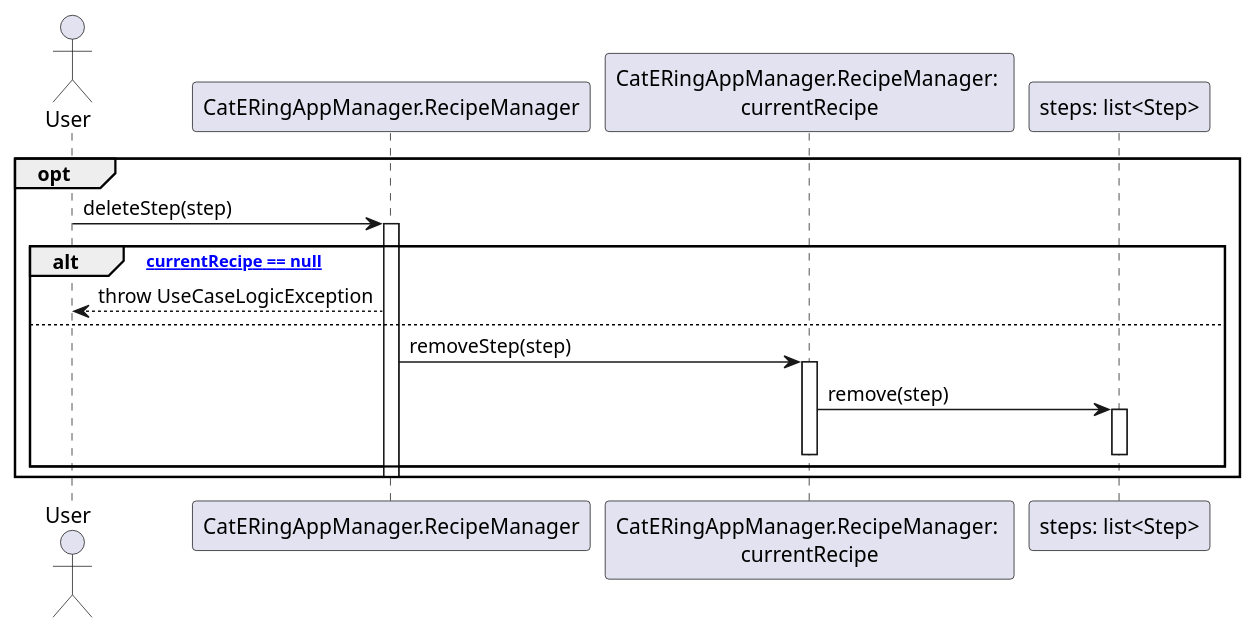
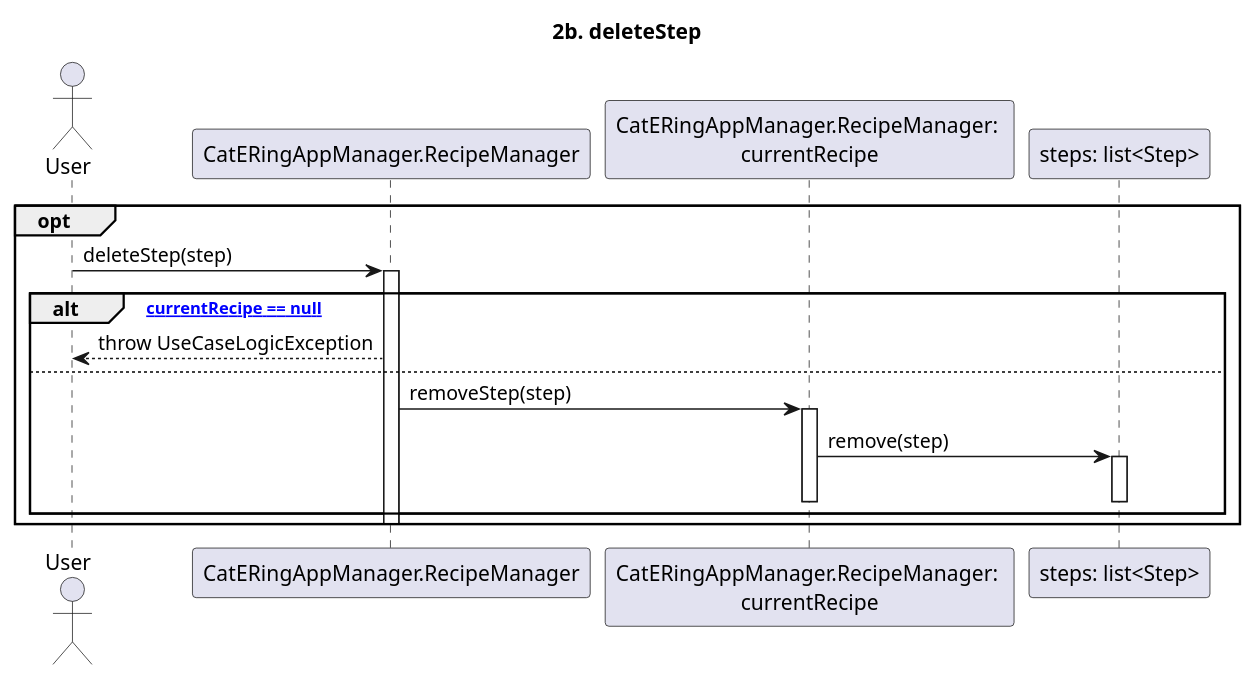
Before and after one commit to m0canu1/sas: the diagram in dsd/dsd-ricette/estensioni/2b-deleteStep.md, drawn with PlantUML. The commit also changed 15 other files, not shown here.

````diff
--- a/dsd/dsd-ricette/estensioni/2b-deleteStep.md
+++ b/dsd/dsd-ricette/estensioni/2b-deleteStep.md
@@ -1,27 +1,30 @@
 ```plantuml
+
+title: 2b. deleteStep
+
 Actor User
 Participant "CatERingAppManager.RecipeManager" as RM
 Participant "CatERingAppManager.RecipeManager: \ncurrentRecipe" as CR
 Participant "steps: list<Step>" as CS
 
 opt
     User -> RM: deleteStep(step)
     Activate RM
 
     alt ["currentRecipe == null"]
         RM --> User: throw UseCaseLogicException
     else
         RM -> CR: removeStep(step)
         Activate CR
     
         CR -> CS: remove(step)
         Activate CS
         Deactivate CS
         Deactivate CR
 
 
     end
     Deactivate RM
 end
 
 ```
````
